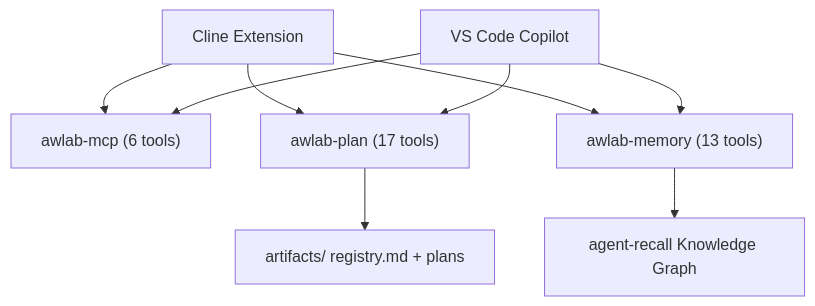
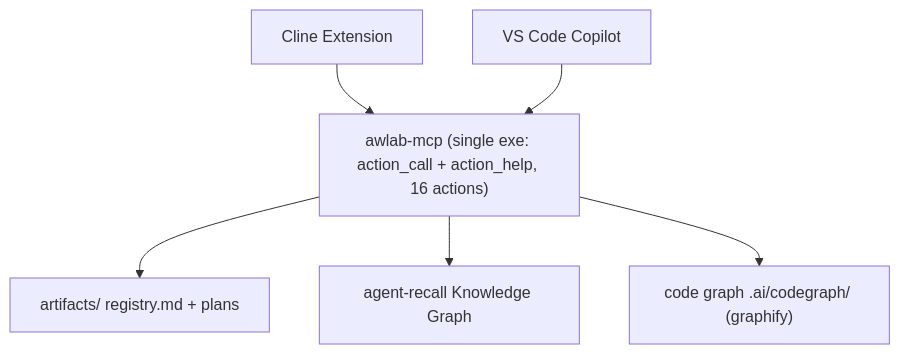
Before and after one commit to awsomplak/awlab-ai-assistant: the diagram in README.md, drawn with Mermaid. The commit also changed other lines of this file and 4 other files, not shown here.

````diff
--- a/README.md
+++ b/README.md
@@ -17,15 +27,15 @@
 ```mermaid
 graph TB
   CL["Cline Extension"]
   CP["VS Code Copilot"]
-  AM["awlab-mcp (6 tools)"]
-  AP["awlab-plan (17 tools)"]
-  AR["awlab-memory (13 tools)"]
+  AM["awlab-mcp (single exe: action_call + action_help, 16 actions)"]
   ART["artifacts/ registry.md + plans"]
   AG["agent-recall Knowledge Graph"]
+  CG["code graph .ai/codegraph/ (graphify)"]
 
-  CL --> AM & AP & AR
-  CP --> AM & AP & AR
-  AP --> ART
-  AR --> AG
+  CL --> AM
+  CP --> AM
+  AM --> ART
+  AM --> AG
+  AM --> CG
 ```
````
